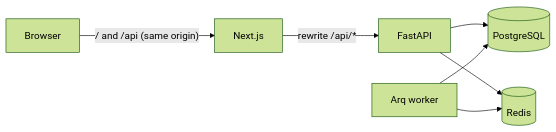
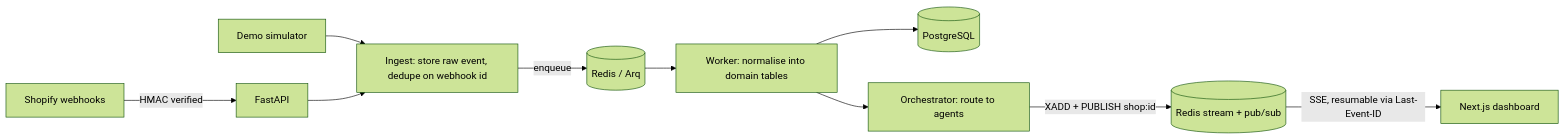
One commit to yaksera/storeops-ai changed the diagram in README.md. Above: the diagram before and after it, drawn with Mermaid (forest theme). The commit also changed other lines of this file and 3 other files, not shown here.

````diff
--- a/README.md
+++ b/README.md
@@ -15,9 +15,12 @@
 ```mermaid
 flowchart LR
-  browser[Browser] -->|"/ and /api (same origin)"| web[Next.js]
-  web -->|rewrite /api/*| api[FastAPI]
-  api --> pg[(PostgreSQL)]
-  api --> redis[(Redis)]
-  worker[Arq worker] --> pg
-  worker --> redis
+  shopify[Shopify webhooks] -->|HMAC verified| api[FastAPI]
+  sim[Demo simulator] --> ingest
+  api --> ingest[Ingest: store raw event, dedupe on webhook id]
+  ingest -->|enqueue| queue[(Redis / Arq)]
+  queue --> worker[Worker: normalise into domain tables]
+  worker --> pg[(PostgreSQL)]
+  worker --> orch[Orchestrator: route to agents]
+  orch -->|XADD + PUBLISH shop:id| redis[(Redis stream + pub/sub)]
+  redis -->|SSE, resumable via Last-Event-ID| web[Next.js dashboard]
 ```
````
